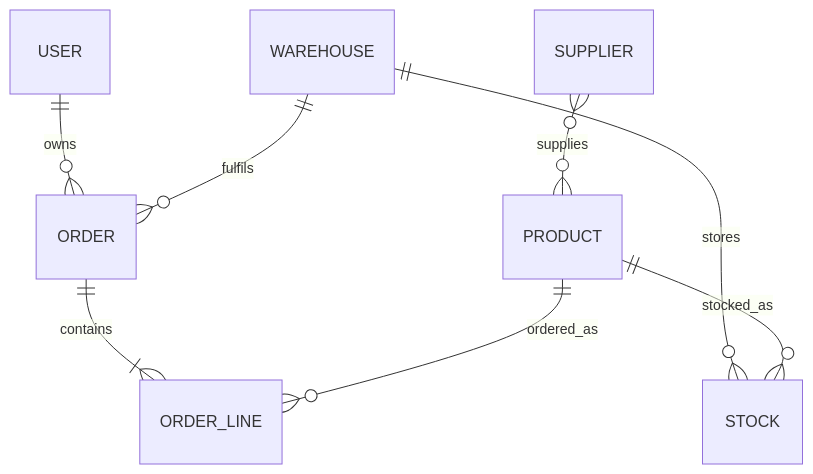
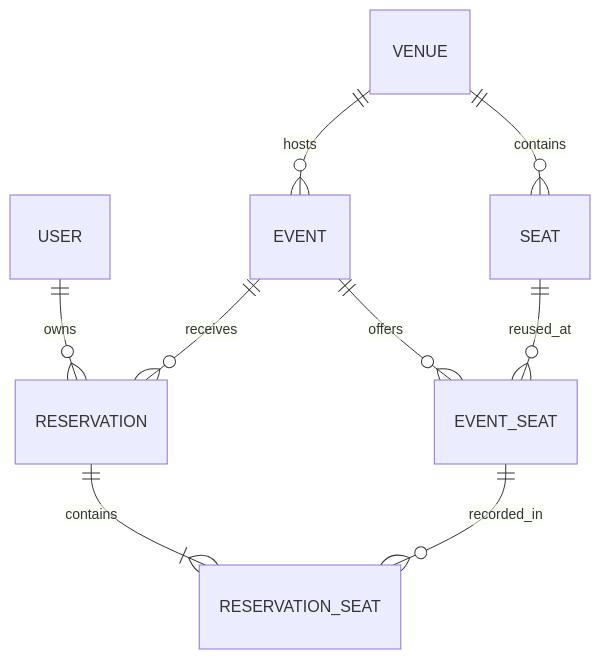
Before and after one commit to theZoid9/halcyon-event-ticketing-api: the diagram in README.md, drawn with Mermaid. The commit also changed other lines of this file and 1 other file, not shown here.

Commit message:
Start event ticketing API replacement

````diff
--- a/README.md
+++ b/README.md
@@ -29,10 +9,11 @@
 ```mermaid
 erDiagram
-    USER ||--o{ ORDER : owns
-    WAREHOUSE ||--o{ ORDER : fulfils
-    WAREHOUSE ||--o{ STOCK : stores
-    PRODUCT ||--o{ STOCK : stocked_as
-    SUPPLIER }o--o{ PRODUCT : supplies
-    ORDER ||--|{ ORDER_LINE : contains
-    PRODUCT ||--o{ ORDER_LINE : ordered_as
+    VENUE ||--o{ SEAT : contains
+    VENUE ||--o{ EVENT : hosts
+    EVENT ||--o{ EVENT_SEAT : offers
+    SEAT ||--o{ EVENT_SEAT : reused_at
+    USER ||--o{ RESERVATION : owns
+    EVENT ||--o{ RESERVATION : receives
+    RESERVATION ||--|{ RESERVATION_SEAT : contains
+    EVENT_SEAT ||--o{ RESERVATION_SEAT : recorded_in
 ```
````
